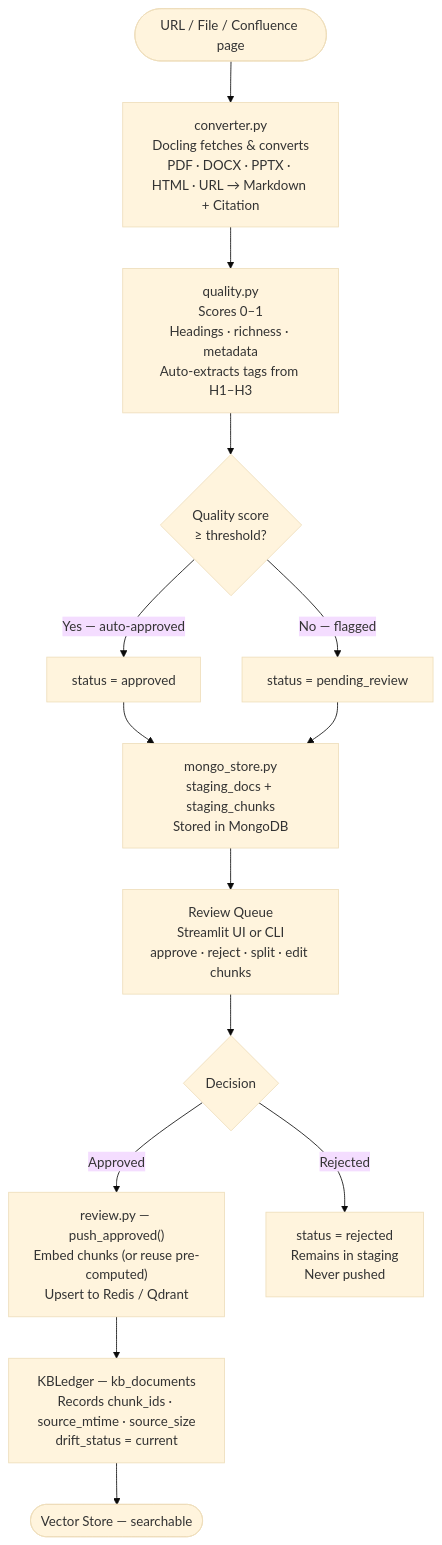
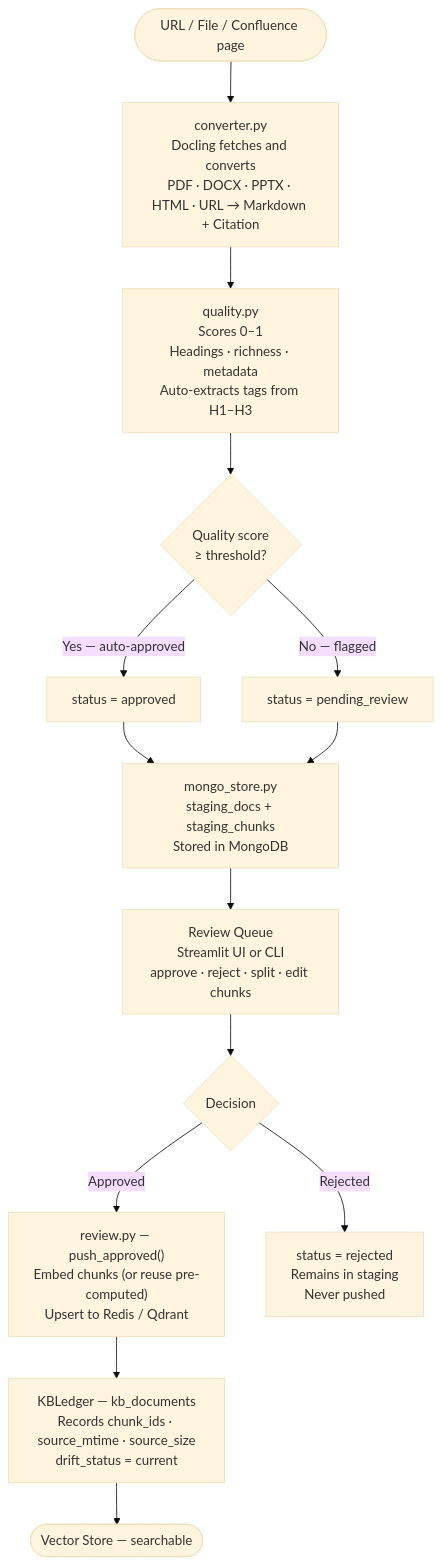
Before and after one commit to aasthapit/knowledge-ingestment-pipeline: the first of 10 diagrams in docs/corpus-lifecycle.md, drawn with Mermaid (base theme). The commit also changed other lines of this file, not shown here.

````diff
--- a/docs/corpus-lifecycle.md
+++ b/docs/corpus-lifecycle.md
@@ -28,16 +28,16 @@
 ```mermaid
 flowchart TD
-    A([URL / File / Confluence page]) --> B["converter.py\nDocling fetches & converts\nPDF · DOCX · PPTX · HTML · URL → Markdown + Citation"]
-    B --> C["quality.py\nScores 0–1\nHeadings · richness · metadata\nAuto-extracts tags from H1–H3"]
-    C --> D{Quality score\n≥ threshold?}
+    A([URL / File / Confluence page]) --> B["converter.py<br/>Docling fetches and converts<br/>PDF · DOCX · PPTX · HTML · URL → Markdown + Citation"]
+    B --> C["quality.py<br/>Scores 0–1<br/>Headings · richness · metadata<br/>Auto-extracts tags from H1–H3"]
+    C --> D{"Quality score<br/>≥ threshold?"}
     D -->|Yes — auto-approved| E["status = approved"]
     D -->|No — flagged| F["status = pending_review"]
-    E --> G["mongo_store.py\nstaging_docs + staging_chunks\nStored in MongoDB"]
+    E --> G["mongo_store.py<br/>staging_docs + staging_chunks<br/>Stored in MongoDB"]
     F --> G
-    G --> H["Review Queue\nStreamlit UI or CLI\napprove · reject · split · edit chunks"]
+    G --> H["Review Queue<br/>Streamlit UI or CLI<br/>approve · reject · split · edit chunks"]
     H --> I{Decision}
-    I -->|Approved| J["review.py — push_approved()\nEmbed chunks (or reuse pre-computed)\nUpsert to Redis / Qdrant"]
-    I -->|Rejected| K["status = rejected\nRemains in staging\nNever pushed"]
-    J --> L["KBLedger — kb_documents\nRecords chunk_ids · source_mtime · source_size\ndrift_status = current"]
+    I -->|Approved| J["review.py — push_approved()<br/>Embed chunks (or reuse pre-computed)<br/>Upsert to Redis / Qdrant"]
+    I -->|Rejected| K["status = rejected<br/>Remains in staging<br/>Never pushed"]
+    J --> L["KBLedger — kb_documents<br/>Records chunk_ids · source_mtime · source_size<br/>drift_status = current"]
     L --> M([Vector Store — searchable])
 ```
````
